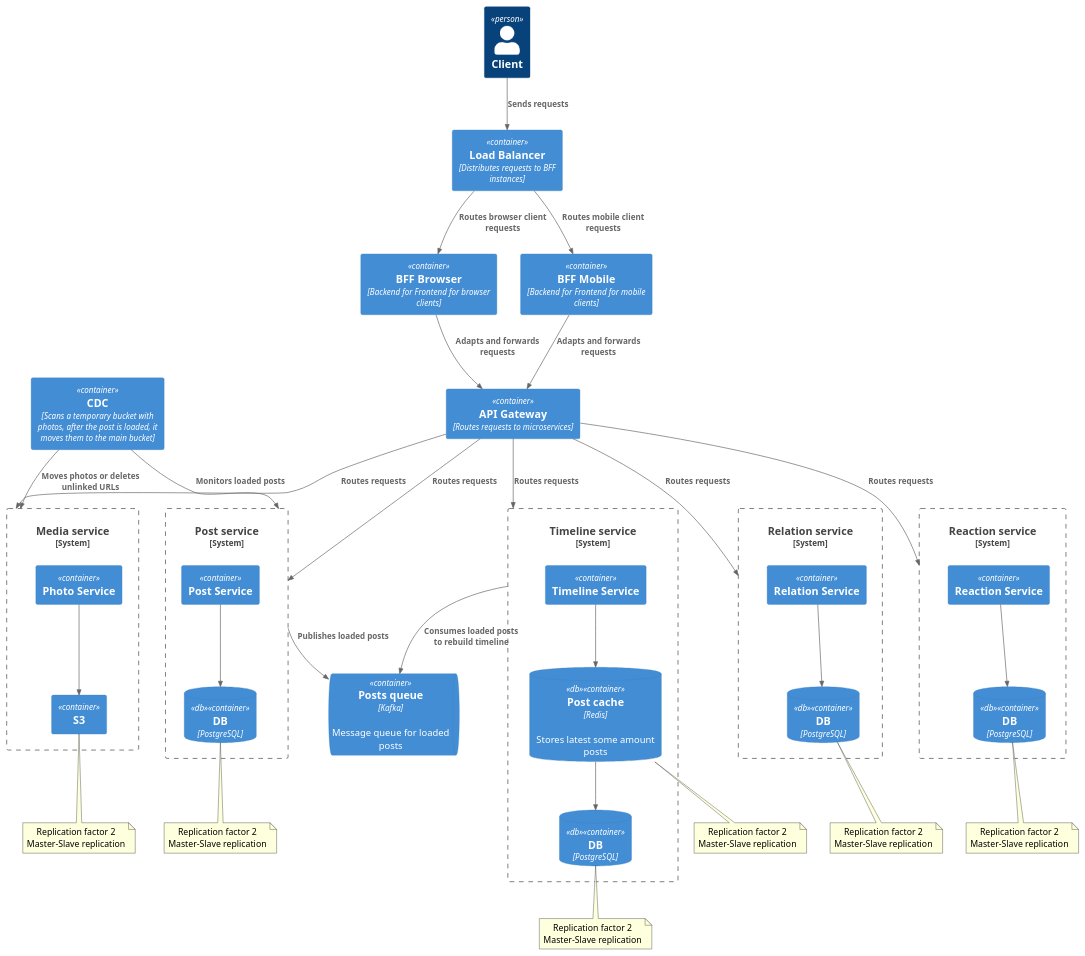
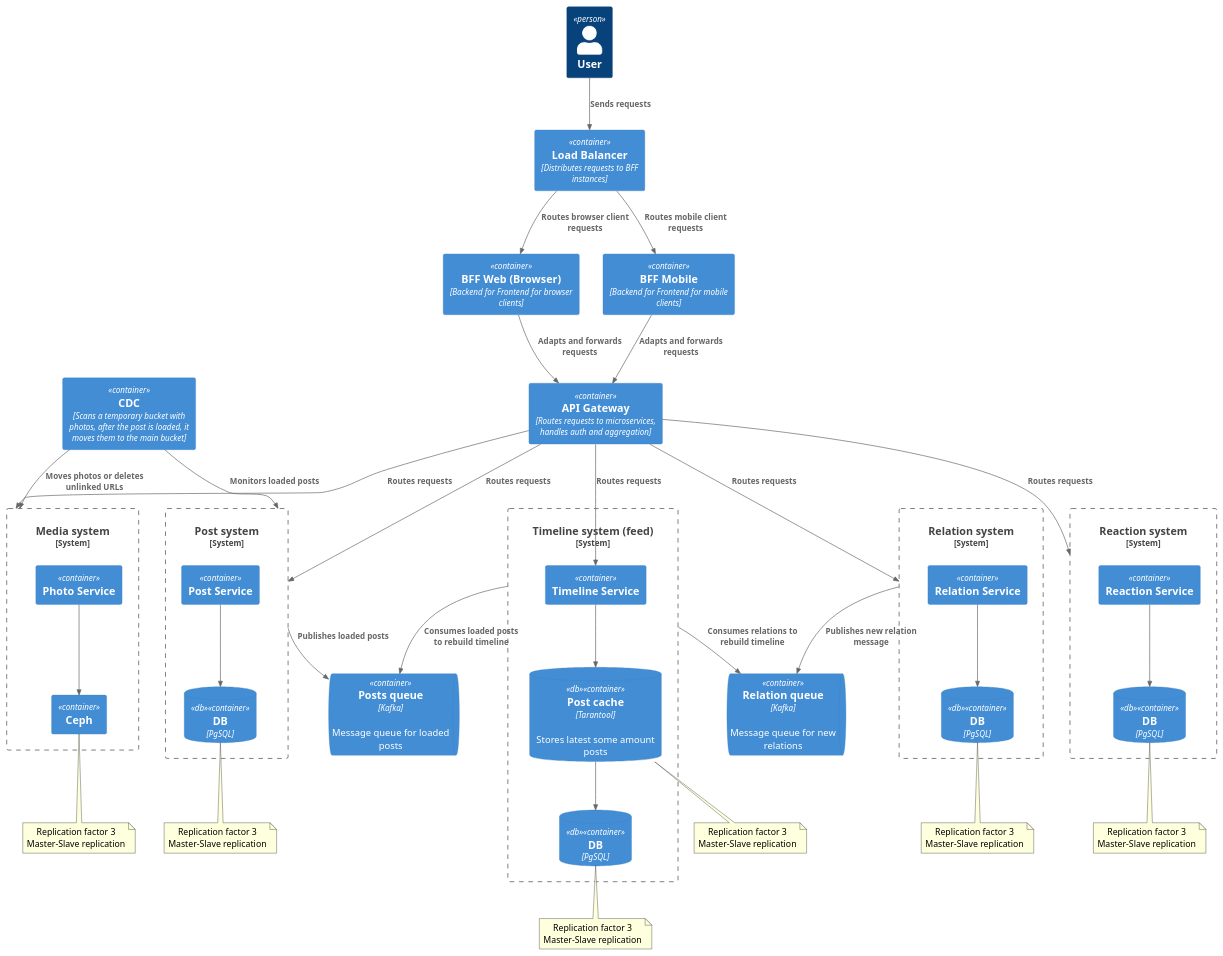
The diagram in images/diagrams/core_system.puml (valek177/social_network_system_design), drawn with PlantUML before and after one commit.

Commit message:
fixes for diagram

```diff
--- a/images/diagrams/core_system.puml
+++ b/images/diagrams/core_system.puml
@@ -1,90 +1,93 @@
 @startuml
 !include https://raw.githubusercontent.com/plantuml-stdlib/C4-PlantUML/master/C4_Container.puml
 
-Person(client, "Client")
+Person(user, "User")
 
 Container(loadBalancer, "Load Balancer", "Distributes requests to BFF instances")
 
-Container(bffWeb, "BFF Browser", "Backend for Frontend for browser clients")
+Container(bffWeb, "BFF Web (Browser)", "Backend for Frontend for browser clients")
 Container(bffMobile, "BFF Mobile", "Backend for Frontend for mobile clients")
 
-Container(apiGateway, "API Gateway", "Routes requests to microservices")
+Container(apiGateway, "API Gateway", "Routes requests to microservices, handles auth and aggregation")
 
-System_Boundary(mediaServ, "Media service") {
-    Container(S3, "S3", "")
+System_Boundary(mediaSystem, "Media system") {
+    Container(ceph, "Ceph", "")
     Container(photoService, "Photo Service", "")
-    Rel(photoService, S3, "")
+    Rel(photoService, ceph, "")
 }
-note bottom of S3
-  Replication factor 2
+note bottom of ceph
+  Replication factor 3
   Master-Slave replication
 end note
 
-System_Boundary(postServ, "Post service") {
+System_Boundary(postSystem, "Post system") {
     Container(postService, "Post Service", "")
-    ContainerDb(postDB, "DB", "PostgreSQL", "",  $tags="db")
+    ContainerDb(postDB, "DB", "PgSQL", "",  $tags="db")
     Rel(postService, postDB, "")
 }
 note bottom of postDB
-  Replication factor 2
+  Replication factor 3
   Master-Slave replication
 end note
 
-System_Boundary(relationServ, "Relation service") {
+System_Boundary(relationSystem, "Relation system") {
     Container(relationService, "Relation Service", "")
-    ContainerDb(relationDB, "DB", "PostgreSQL", "",  $tags="db")
+    ContainerDb(relationDB, "DB", "PgSQL", "",  $tags="db")
     Rel(relationService, relationDB, "")
 }
 note bottom of relationDB
-  Replication factor 2
+  Replication factor 3
   Master-Slave replication
 end note
 
-System_Boundary(reactionServ, "Reaction service") {
+System_Boundary(reactionSystem, "Reaction system") {
     Container(reactionService, "Reaction Service", "")
-    ContainerDb(reactionDB, "DB", "PostgreSQL", "",  $tags="db")
+    ContainerDb(reactionDB, "DB", "PgSQL", "",  $tags="db")
     Rel(reactionService, reactionDB, "")
 }
 note bottom of reactionDB
-  Replication factor 2
+  Replication factor 3
   Master-Slave replication
 end note
 
-System_Boundary(timelineServ, "Timeline service") {
+System_Boundary(timelineSystem, "Timeline system (feed)") {
     Container(timelineService, "Timeline Service", "")
-    ContainerDb(timelineDB, "DB", "PostgreSQL", "",  $tags="db")
-    ContainerDb(postCache, "Post cache", "Redis", "Stores latest some amount posts",  $tags="db")
+    ContainerDb(timelineDB, "DB", "PgSQL", "",  $tags="db")
+    ContainerDb(postCache, "Post cache", "Tarantool", "Stores latest some amount posts",  $tags="db")
     Rel(timelineService, postCache, "")
     Rel(postCache, timelineDB, "")
 }
 note bottom of postCache
-  Replication factor 2
+  Replication factor 3
   Master-Slave replication
 end note
-
 note bottom of timelineDB
-  Replication factor 2
+  Replication factor 3
   Master-Slave replication
 end note
 
 ContainerQueue(loadedPostsQueue, "Posts queue", "Kafka", "Message queue for loaded posts")
 Container(cdc, "CDC", "Scans a temporary bucket with photos, after the post is loaded, it moves them to the main bucket")
 
-Rel(client, loadBalancer, "Sends requests")
+ContainerQueue(relationQueue, "Relation queue", "Kafka", "Message queue for new relations")
+
+Rel(user, loadBalancer, "Sends requests")
 Rel(loadBalancer, bffWeb, "Routes browser client requests")
 Rel(loadBalancer, bffMobile, "Routes mobile client requests")
 
 Rel(bffWeb, apiGateway, "Adapts and forwards requests")
 Rel(bffMobile, apiGateway, "Adapts and forwards requests")
 
-Rel(apiGateway, mediaServ, "Routes requests")
-Rel(apiGateway, timelineServ, "Routes requests")
-Rel(apiGateway, relationServ, "Routes requests")
-Rel(apiGateway, postServ, "Routes requests")
-Rel(apiGateway, reactionServ, "Routes requests")
+Rel(apiGateway, mediaSystem, "Routes requests")
+Rel(apiGateway, timelineService, "Routes requests")
+Rel(apiGateway, relationSystem, "Routes requests")
+Rel(apiGateway, postSystem, "Routes requests")
+Rel(apiGateway, reactionSystem, "Routes requests")
 
-Rel(cdc, postServ, "Monitors loaded posts")
-Rel(cdc, mediaServ, "Moves photos or deletes unlinked URLs")
-Rel(postServ, loadedPostsQueue, "Publishes loaded posts")
-Rel(timelineServ, loadedPostsQueue, "Consumes loaded posts to rebuild timeline")
+Rel(cdc, postSystem, "Monitors loaded posts")
+Rel(cdc, mediaSystem, "Moves photos or deletes unlinked URLs")
+Rel(postSystem, loadedPostsQueue, "Publishes loaded posts")
+Rel(timelineSystem, loadedPostsQueue, "Consumes loaded posts to rebuild timeline")
+Rel(relationSystem, relationQueue, "Publishes new relation message")
+Rel(timelineSystem, relationQueue, "Consumes relations to rebuild timeline")
 @enduml
```
